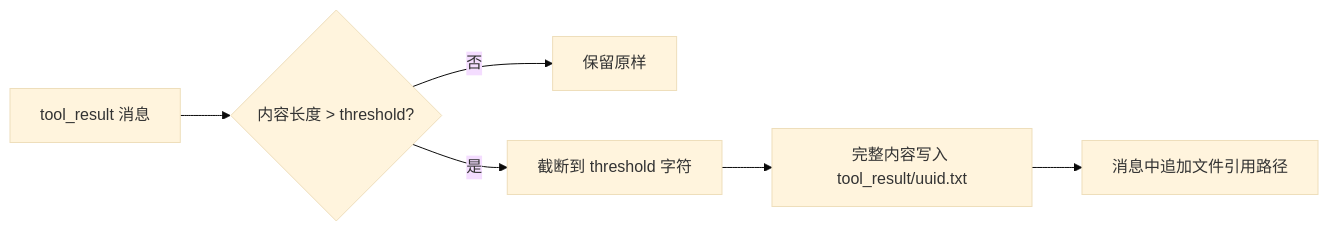
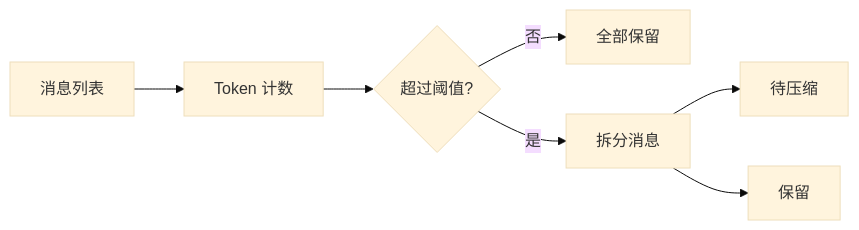
One commit to agentscope-ai/ReMe changed the second of 9 diagrams in README_ZH.md. Above: the diagram before and after it, drawn with Mermaid (base theme). The commit also changed other lines of this file and 2 other files, not shown here.

Commit message:
docs(readme): update documentation with detailed architecture and components

````diff
--- a/README_ZH.md
+++ b/README_ZH.md
@@ -215,8 +192,9 @@
 ```mermaid
 graph LR
-    A[tool_result 消息] --> B{内容长度 > threshold?}
-    B -->|否| C[保留原样]
-    B -->|是| D[截断到 threshold 字符]
-    D --> E[完整内容写入 tool_result/uuid.txt]
-    E --> F[消息中追加文件引用路径]
+    M[消息列表] --> T[Token 计数]
+    T --> C{超过阈值?}
+    C -->|否| K[全部保留]
+    C -->|是| S[拆分消息]
+    S --> CP[待压缩]
+    S --> KP[保留]
 ```
````
